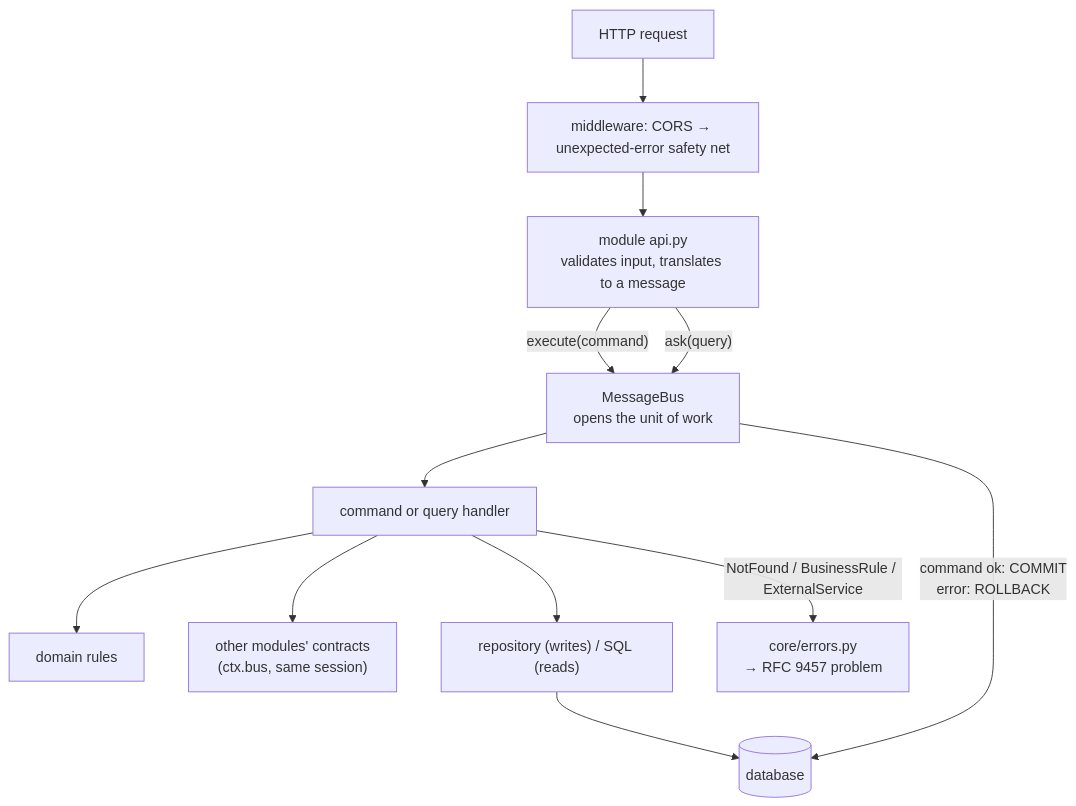
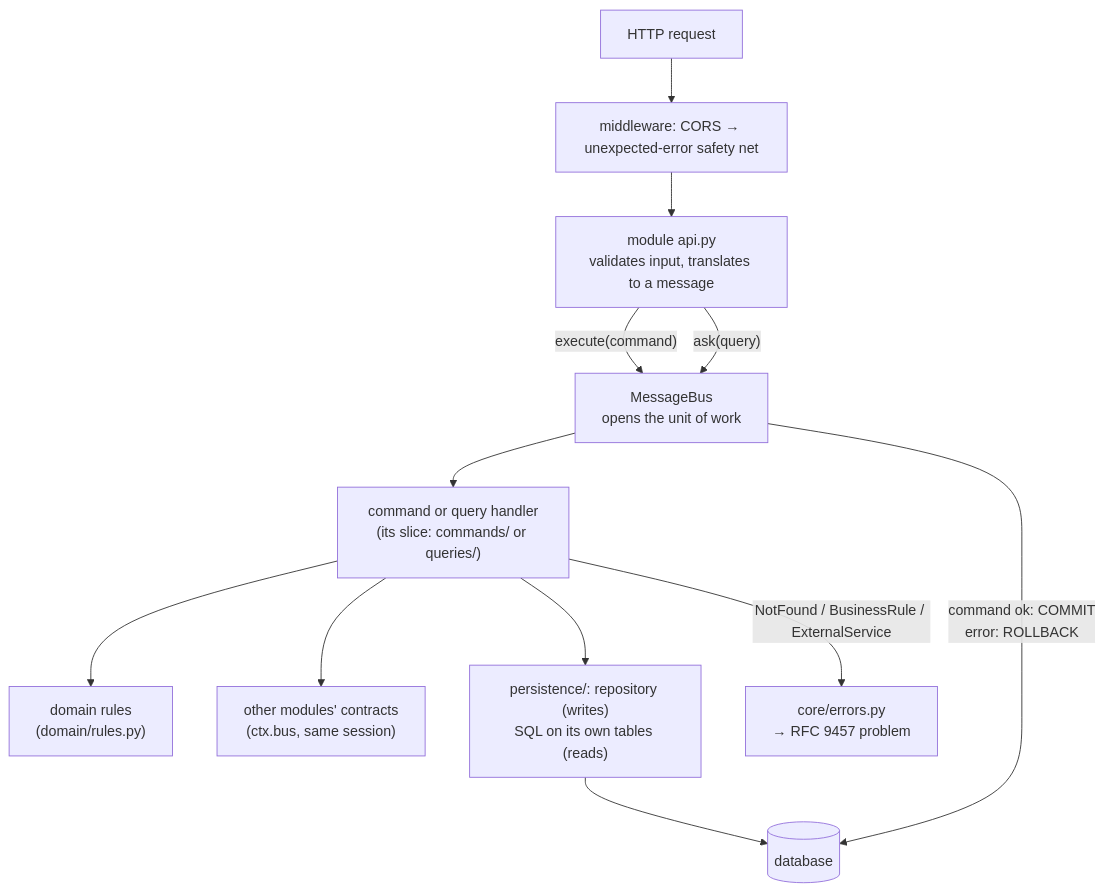
The sixth of 6 diagrams in docs/how_spendwise_works.md (sanjeevgnrgy/spendwise), drawn with Mermaid before and after one commit. The commit also changed other lines of this file and 13 other files, not shown here.

````diff
--- a/docs/how_spendwise_works.md
+++ b/docs/how_spendwise_works.md
@@ -127,14 +127,14 @@
 ```mermaid
 flowchart TD
     HTTP["HTTP request"] --> MW["middleware: CORS → unexpected-error safety net"]
     MW --> ROUTE["module api.py<br/>validates input, translates to a message"]
     ROUTE -->|"execute(command)"| BUS["MessageBus<br/>opens the unit of work"]
     ROUTE -->|"ask(query)"| BUS
-    BUS --> HANDLER["command or query handler"]
-    HANDLER --> DOMAIN["domain rules"]
+    BUS --> HANDLER["command or query handler<br/>(its slice: commands/ or queries/)"]
+    HANDLER --> DOMAIN["domain rules<br/>(domain/rules.py)"]
     HANDLER --> OTHER["other modules' contracts<br/>(ctx.bus, same session)"]
-    HANDLER --> REPO["repository (writes) / SQL (reads)"]
+    HANDLER --> REPO["persistence/: repository (writes)<br/>SQL on its own tables (reads)"]
     REPO --> DB[("database")]
     BUS -->|"command ok: COMMIT<br/>error: ROLLBACK"| DB
     HANDLER -->|"NotFound / BusinessRule / ExternalService"| ERR["core/errors.py<br/>→ RFC 9457 problem"]
 ```
````
